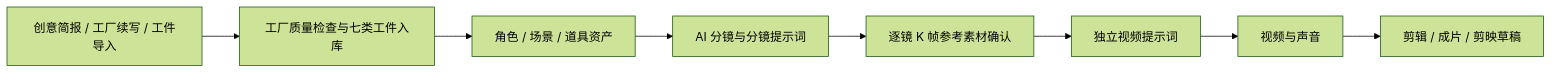
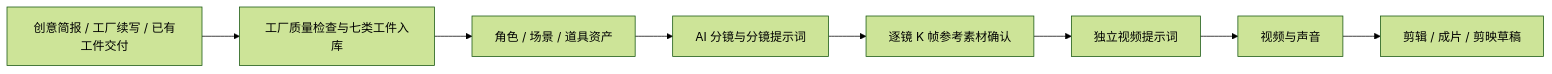
One commit to myvivk/ArcReel-main changed the diagram in website/docs/guide/workflows.md. Above: the diagram before and after it, drawn with Mermaid (forest theme). The commit also changed other lines of this file and 247 other files, not shown here.

````diff
--- a/website/docs/guide/workflows.md
+++ b/website/docs/guide/workflows.md
@@ -16,10 +16,10 @@
 ```mermaid
 flowchart LR
-    A["创意简报 / 工厂续写 / 工件导入"] --> B["工厂质量检查与七类工件入库"]
+    A["创意简报 / 工厂续写 / 已有工件交付"] --> B["工厂质量检查与七类工件入库"]
     B --> C["角色 / 场景 / 道具资产"]
     C --> D["AI 分镜与分镜提示词"]
     D --> E["逐镜 K 帧参考素材确认"]
     E --> F["独立视频提示词"]
     F --> G["视频与声音"]
     G --> H["剪辑 / 成片 / 剪映草稿"]
 ```
````
